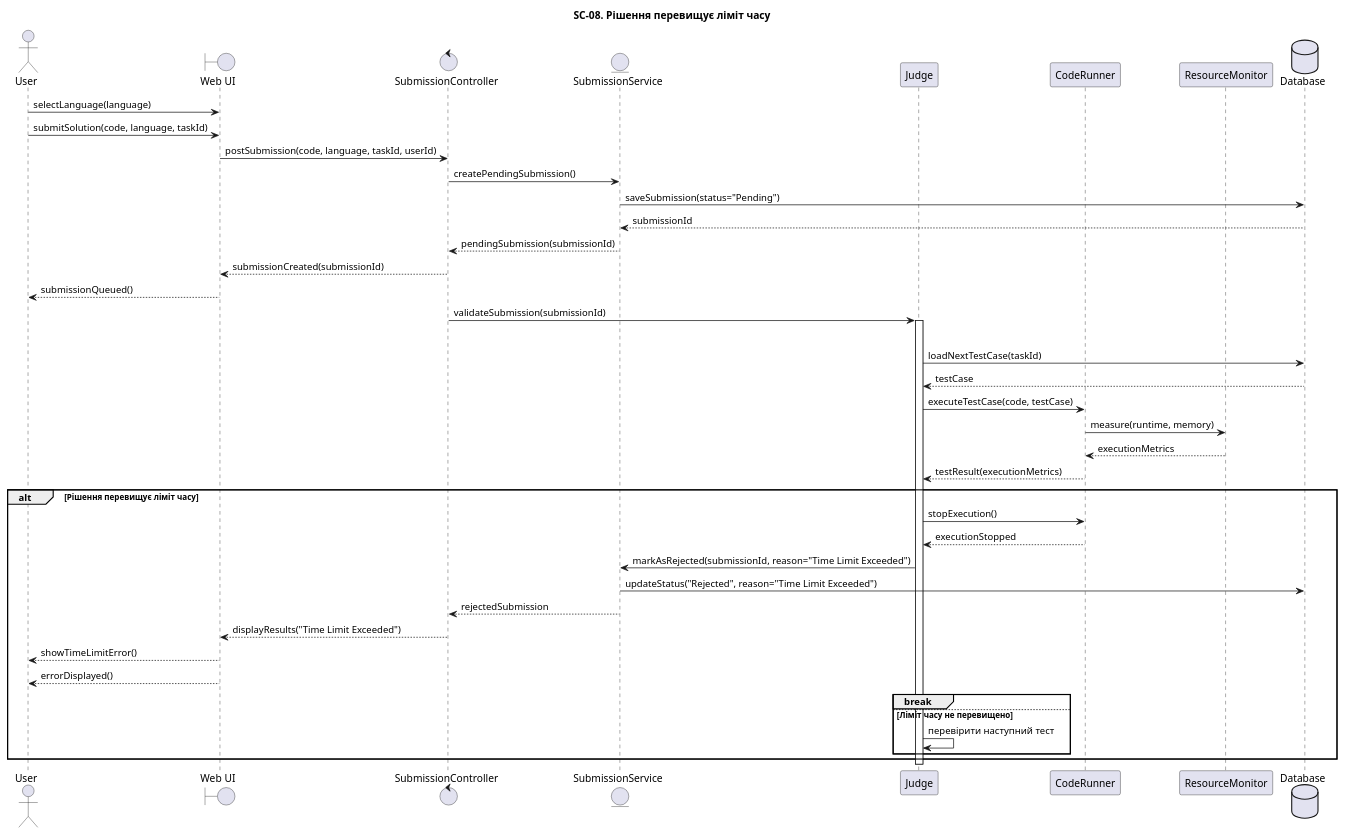
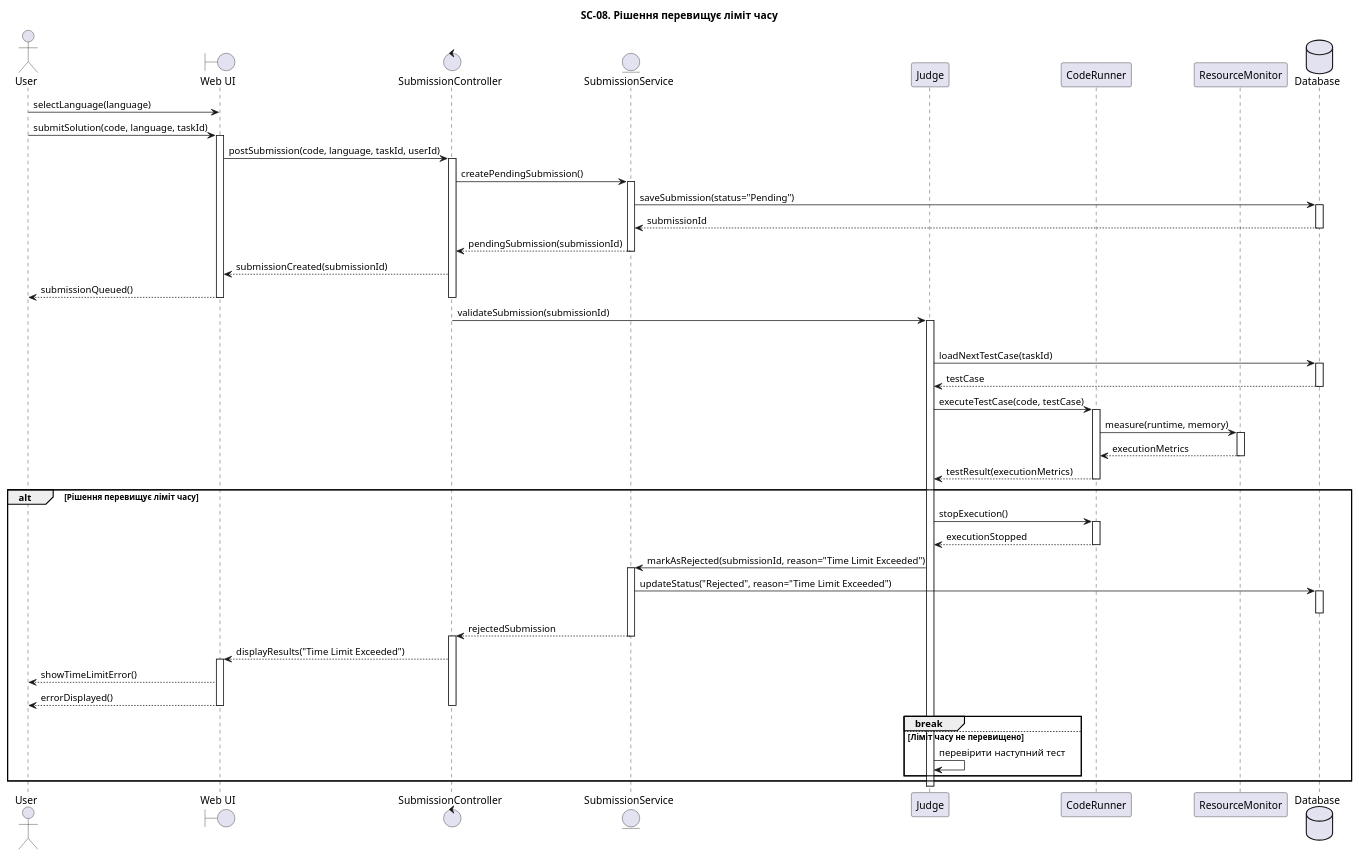
One commit to Cammp3r/KPI-2-LABS changed the diagram in lab3/sequence/SC-08.puml. Above: the diagram before and after it, drawn with PlantUML. The commit also changed 2 other files, not shown here.

```diff
--- a/lab3/sequence/SC-08.puml
+++ b/lab3/sequence/SC-08.puml
@@ -1,50 +1,74 @@
 @startuml
 title SC-08. Рішення перевищує ліміт часу
 
 actor "User" as User
 boundary "Web UI" as UI
 control "SubmissionController" as Controller
 entity "SubmissionService" as SubmissionService
 participant "Judge" as Judge
 participant "CodeRunner" as Runner
 participant "ResourceMonitor" as Metrics
 database "Database" as DB
 
 User -> UI: selectLanguage(language)
 User -> UI: submitSolution(code, language, taskId)
+activate UI
 UI -> Controller: postSubmission(code, language, taskId, userId)
+activate Controller
 
 Controller -> SubmissionService: createPendingSubmission()
+activate SubmissionService
 SubmissionService -> DB: saveSubmission(status="Pending")
+activate DB
 DB --> SubmissionService: submissionId
+deactivate DB
 SubmissionService --> Controller: pendingSubmission(submissionId)
+deactivate SubmissionService
 Controller --> UI: submissionCreated(submissionId)
 UI --> User: submissionQueued()
+deactivate Controller
+deactivate UI
 Controller -> Judge: validateSubmission(submissionId)
 activate Judge
 
 loop Для кожного тест-кейсу
     Judge -> DB: loadNextTestCase(taskId)
+    activate DB
     DB --> Judge: testCase
+    deactivate DB
     Judge -> Runner: executeTestCase(code, testCase)
+    activate Runner
     Runner -> Metrics: measure(runtime, memory)
+    activate Metrics
     Metrics --> Runner: executionMetrics
+    deactivate Metrics
     Runner --> Judge: testResult(executionMetrics)
+    deactivate Runner
 
     alt Рішення перевищує ліміт часу
         Judge -> Runner: stopExecution()
+        activate Runner
         Runner --> Judge: executionStopped
+        deactivate Runner
         Judge -> SubmissionService: markAsRejected(submissionId, reason="Time Limit Exceeded")
+        activate SubmissionService
         SubmissionService -> DB: updateStatus("Rejected", reason="Time Limit Exceeded")
+        activate DB
+        deactivate DB
         SubmissionService --> Controller: rejectedSubmission
+        deactivate SubmissionService
+        activate Controller
         Controller --> UI: displayResults("Time Limit Exceeded")
+        activate UI
         UI --> User: showTimeLimitError()
         UI --> User: errorDisplayed()
+        deactivate UI
+        deactivate Controller
         break
     else Ліміт часу не перевищено
         Judge -> Judge: перевірити наступний тест
     end
 end
 
 deactivate Judge
 @enduml
```
